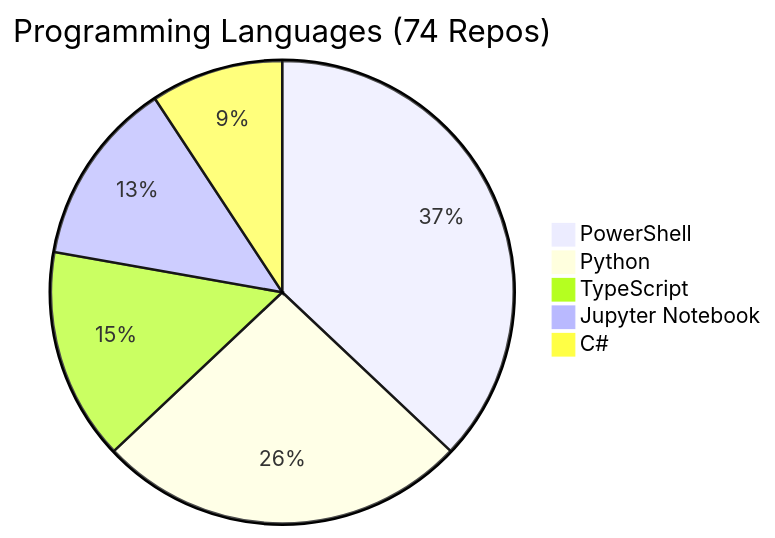
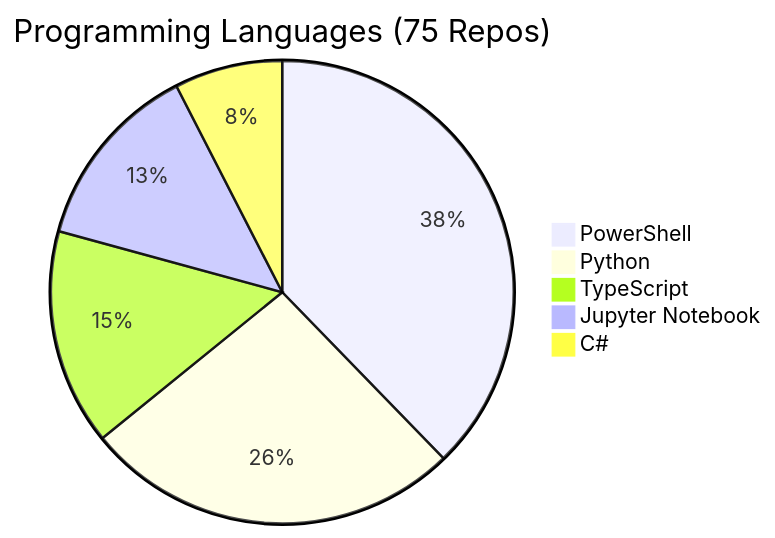
The diagram in REPOS.md (fabioc-aloha/fabioc-aloha), drawn with Mermaid before and after one commit. The commit also changed other lines of this file and 1 other file, not shown here.

````diff
--- a/REPOS.md
+++ b/REPOS.md
@@ -117,8 +118,8 @@
 ```mermaid
-pie title Programming Languages (74 Repos)
+pie title Programming Languages (75 Repos)
     "PowerShell" : 20
     "Python" : 14
     "TypeScript" : 8
     "Jupyter Notebook" : 7
-    "C#" : 5
+    "C#" : 4
 ```
````
